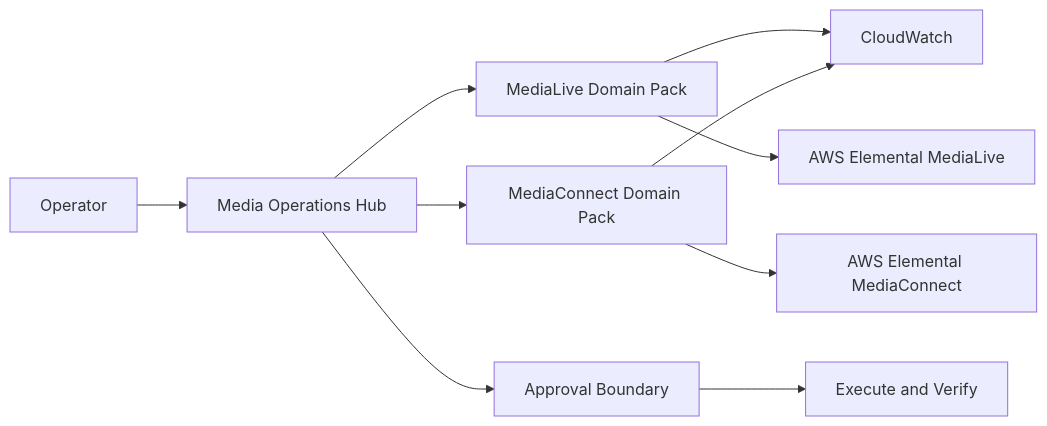
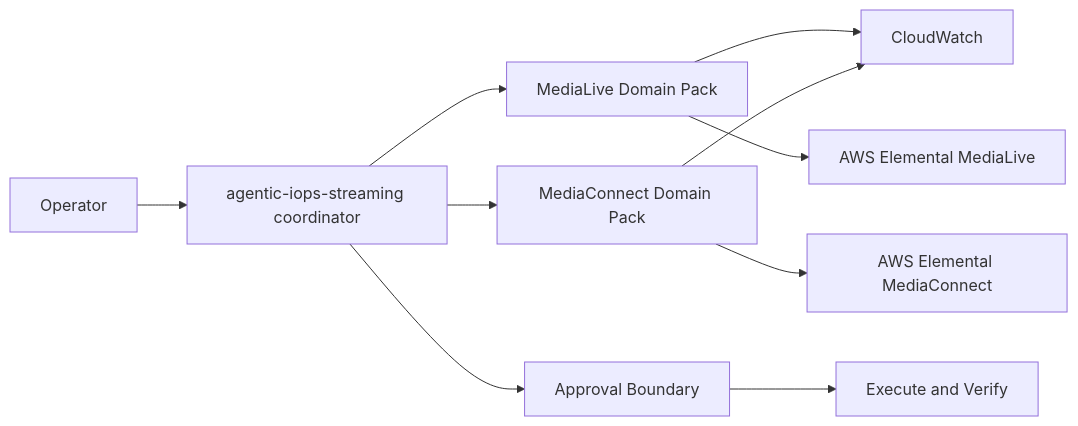
Before and after one commit to aws-samples/sample-agentic-video-operations: the diagram in docs/follow_development_guidelines.md, drawn with Mermaid. The commit also changed other lines of this file and 280 other files, not shown here.

````diff
--- a/docs/follow_development_guidelines.md
+++ b/docs/follow_development_guidelines.md
@@ -950,12 +950,12 @@
 ```mermaid
 flowchart LR
-    User[Operator] --> Hub[Media Operations Hub]
-    Hub --> MediaLive[MediaLive Domain Pack]
-    Hub --> MediaConnect[MediaConnect Domain Pack]
+    User[Operator] --> Agent[agentic-iops-streaming coordinator]
+    Agent --> MediaLive[MediaLive Domain Pack]
+    Agent --> MediaConnect[MediaConnect Domain Pack]
     MediaLive --> CW[CloudWatch]
     MediaLive --> EML[AWS Elemental MediaLive]
     MediaConnect --> CW
     MediaConnect --> EMX[AWS Elemental MediaConnect]
-    Hub --> Approval[Approval Boundary]
+    Agent --> Approval[Approval Boundary]
     Approval --> Verify[Execute and Verify]
 ```
````
